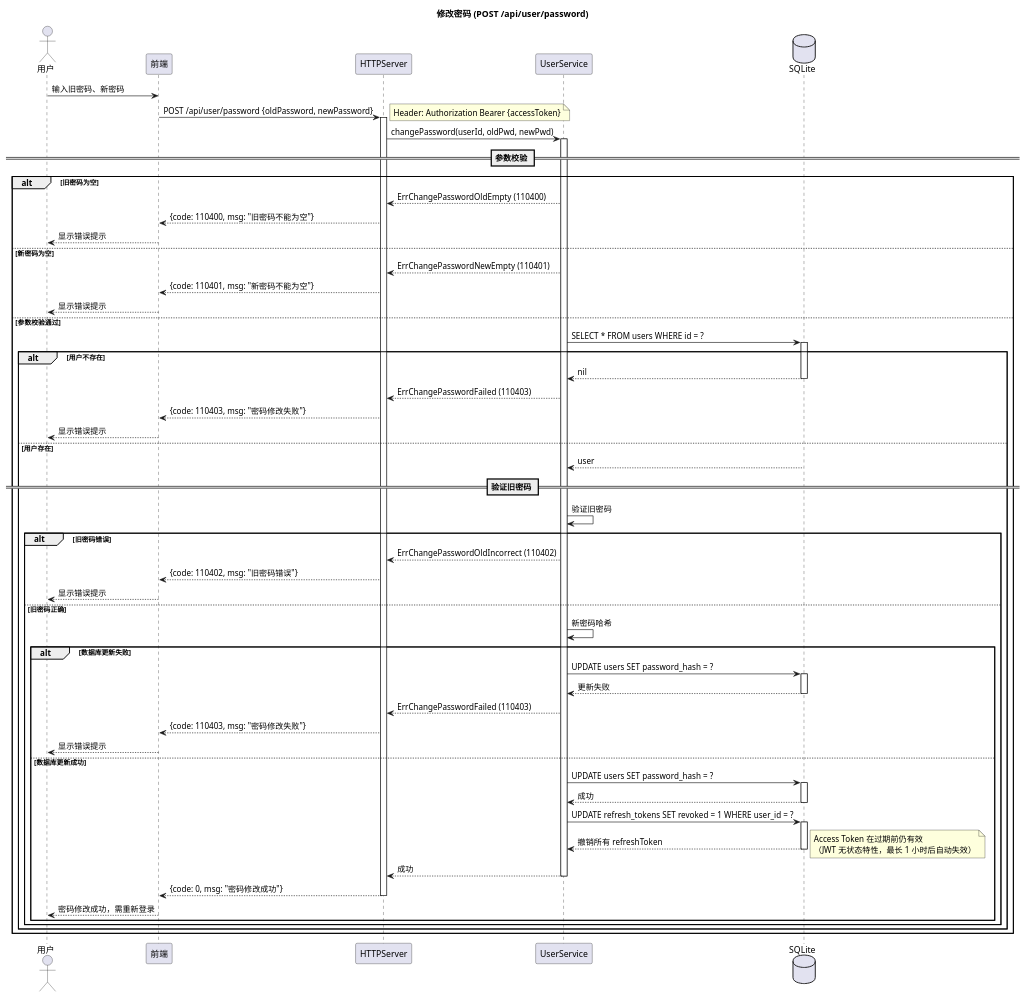
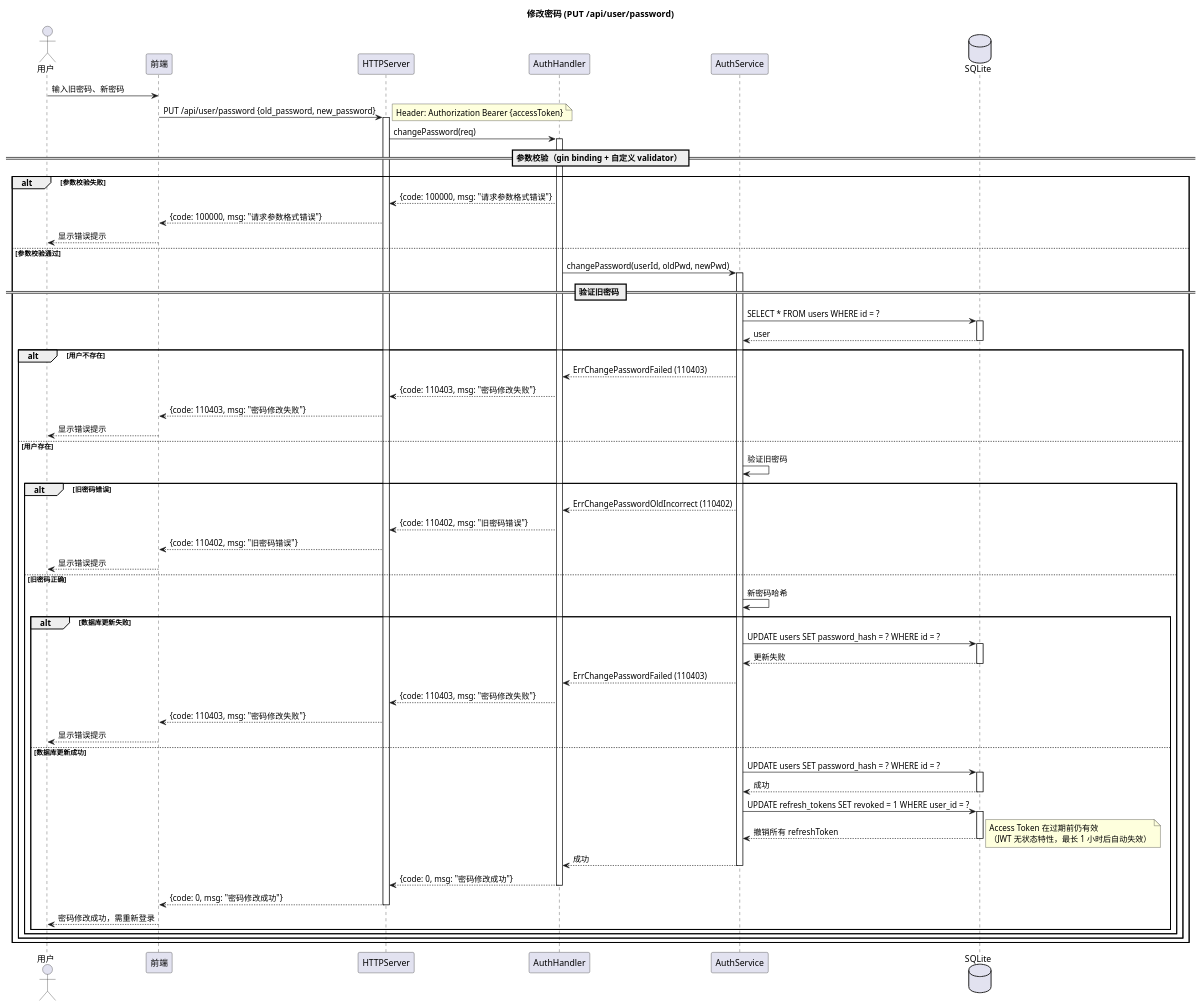
Before and after one commit to loommii/OctoTify: the diagram in docs/uml/02-sequence/01-04-change-password.puml, drawn with PlantUML. The commit also changed 5 other files, not shown here.

```diff
--- a/docs/uml/02-sequence/01-04-change-password.puml
+++ b/docs/uml/02-sequence/01-04-change-password.puml
@@ -1,84 +1,86 @@
 @startuml OctoTify_Sequence_ChangePassword
 
 skinparam sequenceStyle svg
 skinparam linetype ortho
 
-title 修改密码 (POST /api/user/password)
+title 修改密码 (PUT /api/user/password)
 
 actor "用户" as User
 participant "前端" as Frontend
 participant "HTTPServer" as Server
-participant "UserService" as UserSvc
+participant "AuthHandler" as Handler
+participant "AuthService" as Auth
 database "SQLite" as DB
 
 User -> Frontend: 输入旧密码、新密码
-Frontend -> Server: POST /api/user/password {oldPassword, newPassword}
+Frontend -> Server: PUT /api/user/password {old_password, new_password}
 note right: Header: Authorization Bearer {accessToken}
 activate Server
-Server -> UserSvc: changePassword(userId, oldPwd, newPwd)
-activate UserSvc
+Server -> Handler: changePassword(req)
+activate Handler
 
-== 参数校验 ==
+== 参数校验（gin binding + 自定义 validator） ==
 
-alt 旧密码为空
-    UserSvc --> Server: ErrChangePasswordOldEmpty (110400)
-    Server --> Frontend: {code: 110400, msg: "旧密码不能为空"}
-    Frontend --> User: 显示错误提示
-else 新密码为空
-    UserSvc --> Server: ErrChangePasswordNewEmpty (110401)
-    Server --> Frontend: {code: 110401, msg: "新密码不能为空"}
+alt 参数校验失败
+    Handler --> Server: {code: 100000, msg: "请求参数格式错误"}
+    Server --> Frontend: {code: 100000, msg: "请求参数格式错误"}
     Frontend --> User: 显示错误提示
 else 参数校验通过
-    UserSvc -> DB: SELECT * FROM users WHERE id = ?
+    Handler -> Auth: changePassword(userId, oldPwd, newPwd)
+    activate Auth
+
+    == 验证旧密码 ==
+
+    Auth -> DB: SELECT * FROM users WHERE id = ?
     activate DB
+    DB --> Auth: user
+    deactivate DB
 
     alt 用户不存在
-        DB --> UserSvc: nil
-        deactivate DB
-        UserSvc --> Server: ErrChangePasswordFailed (110403)
+        Auth --> Handler: ErrChangePasswordFailed (110403)
+        Handler --> Server: {code: 110403, msg: "密码修改失败"}
         Server --> Frontend: {code: 110403, msg: "密码修改失败"}
         Frontend --> User: 显示错误提示
     else 用户存在
-        DB --> UserSvc: user
-        deactivate DB
-
-        == 验证旧密码 ==
-
-        UserSvc -> UserSvc: 验证旧密码
+        Auth -> Auth: 验证旧密码
 
         alt 旧密码错误
-            UserSvc --> Server: ErrChangePasswordOldIncorrect (110402)
+            Auth --> Handler: ErrChangePasswordOldIncorrect (110402)
+            Handler --> Server: {code: 110402, msg: "旧密码错误"}
             Server --> Frontend: {code: 110402, msg: "旧密码错误"}
             Frontend --> User: 显示错误提示
         else 旧密码正确
-            UserSvc -> UserSvc: 新密码哈希
+            Auth -> Auth: 新密码哈希
 
             alt 数据库更新失败
-                UserSvc -> DB: UPDATE users SET password_hash = ?
+                Auth -> DB: UPDATE users SET password_hash = ? WHERE id = ?
                 activate DB
-                DB --> UserSvc: 更新失败
+                DB --> Auth: 更新失败
                 deactivate DB
-                UserSvc --> Server: ErrChangePasswordFailed (110403)
+                Auth --> Handler: ErrChangePasswordFailed (110403)
+                Handler --> Server: {code: 110403, msg: "密码修改失败"}
                 Server --> Frontend: {code: 110403, msg: "密码修改失败"}
                 Frontend --> User: 显示错误提示
             else 数据库更新成功
-                UserSvc -> DB: UPDATE users SET password_hash = ?
+                Auth -> DB: UPDATE users SET password_hash = ? WHERE id = ?
                 activate DB
-                DB --> UserSvc: 成功
+                DB --> Auth: 成功
                 deactivate DB
-                UserSvc -> DB: UPDATE refresh_tokens SET revoked = 1 WHERE user_id = ?
+                Auth -> DB: UPDATE refresh_tokens SET revoked = 1 WHERE user_id = ?
                 activate DB
-                DB --> UserSvc: 撤销所有 refreshToken
+                DB --> Auth: 撤销所有 refreshToken
                 deactivate DB
                 note right: Access Token 在过期前仍有效\n（JWT 无状态特性，最长 1 小时后自动失效）
-                UserSvc --> Server: 成功
-                deactivate UserSvc
+                Auth --> Handler: 成功
+                deactivate Auth
+                Handler --> Server: {code: 0, msg: "密码修改成功"}
+                deactivate Handler
                 Server --> Frontend: {code: 0, msg: "密码修改成功"}
                 deactivate Server
                 Frontend --> User: 密码修改成功，需重新登录
             end
         end
     end
 end
 
 @enduml
```
